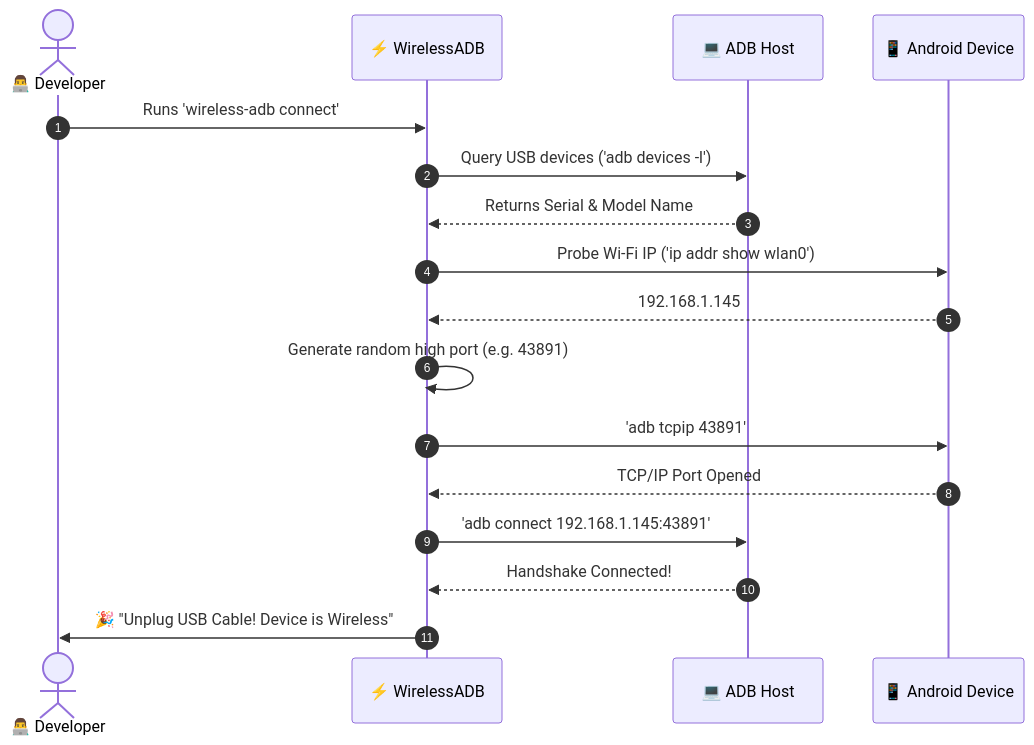
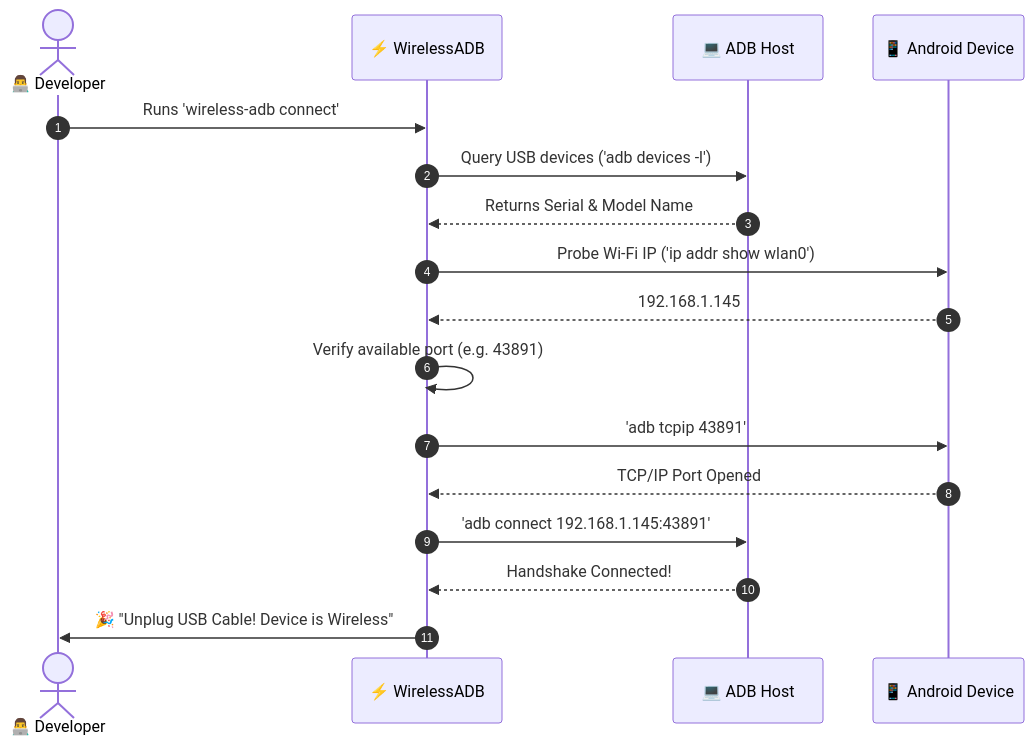
Before and after one commit to taezeem14/WirelessADB: the second of 3 diagrams in README.md, drawn with Mermaid. The commit also changed other lines of this file and 8 other files, not shown here.

````diff
--- a/README.md
+++ b/README.md
@@ -164,20 +185,20 @@
 ```mermaid
 sequenceDiagram
     autonumber
     actor Dev as 👨‍💻 Developer
     participant WADB as ⚡ WirelessADB
     participant Host as 💻 ADB Host
     participant Phone as 📱 Android Device
 
     Dev->>WADB: Runs 'wireless-adb connect'
     WADB->>Host: Query USB devices ('adb devices -l')
     Host-->>WADB: Returns Serial & Model Name
     WADB->>Phone: Probe Wi-Fi IP ('ip addr show wlan0')
     Phone-->>WADB: 192.168.1.145
-    WADB->>WADB: Generate random high port (e.g. 43891)
+    WADB->>WADB: Verify available port (e.g. 43891)
     WADB->>Phone: 'adb tcpip 43891'
     Phone-->>WADB: TCP/IP Port Opened
     WADB->>Host: 'adb connect 192.168.1.145:43891'
     Host-->>WADB: Handshake Connected!
     WADB->>Dev: 🎉 "Unplug USB Cable! Device is Wireless"
 ```
````
